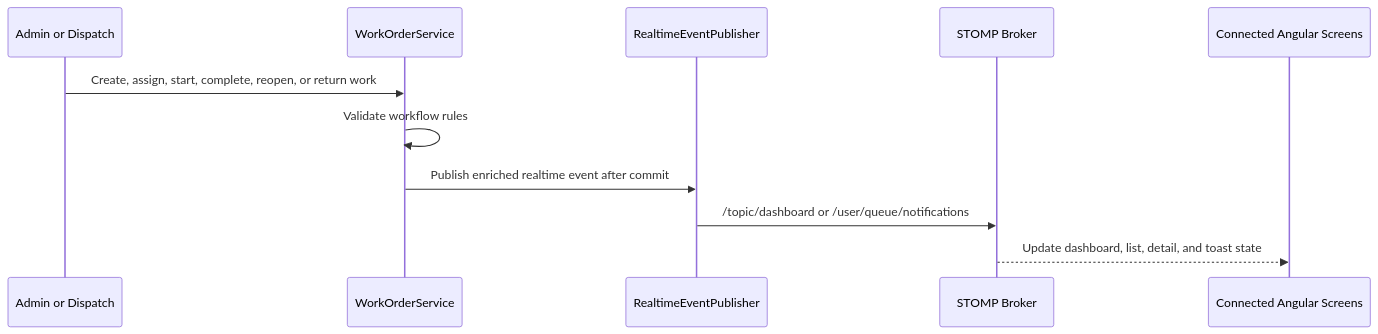
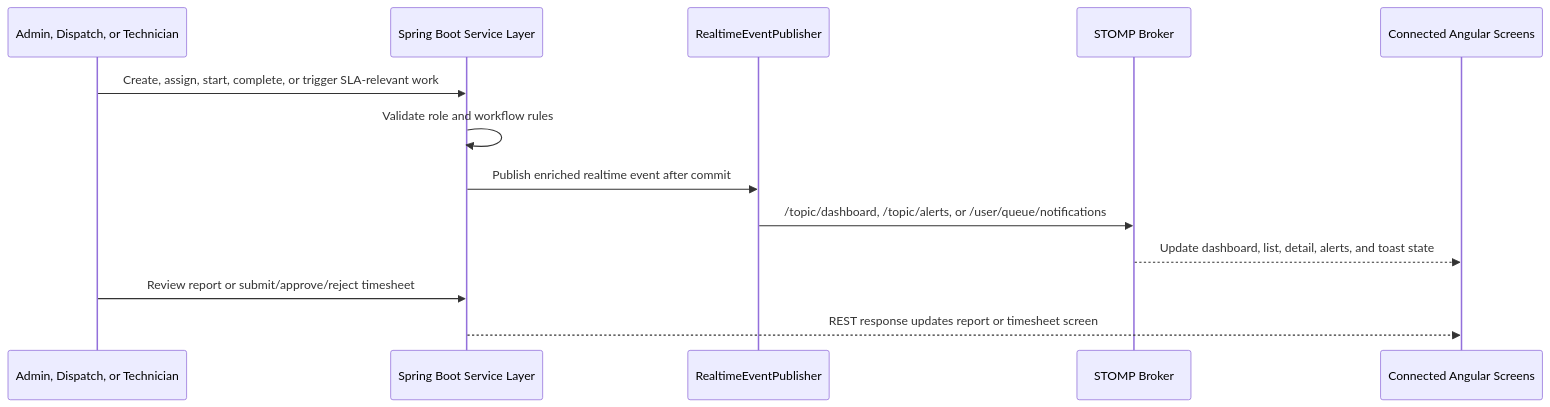
Before and after one commit to skawuma/A3-FSM-Deployment: the fifth of 13 diagrams in README.MD, drawn with Mermaid. The commit also changed other lines of this file and 1 other file, not shown here.

Commit message:
Document Sprint 13 roadmap and timesheet workflows

````diff
--- a/README.MD
+++ b/README.MD
@@ -204,14 +293,17 @@
 ```mermaid
 sequenceDiagram
-    participant User as Admin or Dispatch
-    participant API as WorkOrderService
+    participant User as Admin, Dispatch, or Technician
+    participant API as Spring Boot Service Layer
     participant Pub as RealtimeEventPublisher
     participant Broker as STOMP Broker
     participant UI as Connected Angular Screens
 
-    User->>API: Create, assign, start, complete, reopen, or return work
-    API->>API: Validate workflow rules
+    User->>API: Create, assign, start, complete, or trigger SLA-relevant work
+    API->>API: Validate role and workflow rules
     API->>Pub: Publish enriched realtime event after commit
-    Pub->>Broker: /topic/dashboard or /user/queue/notifications
-    Broker-->>UI: Update dashboard, list, detail, and toast state
+    Pub->>Broker: /topic/dashboard, /topic/alerts, or /user/queue/notifications
+    Broker-->>UI: Update dashboard, list, detail, alerts, and toast state
+
+    User->>API: Review report or submit/approve/reject timesheet
+    API-->>UI: REST response updates report or timesheet screen
 ```
````
